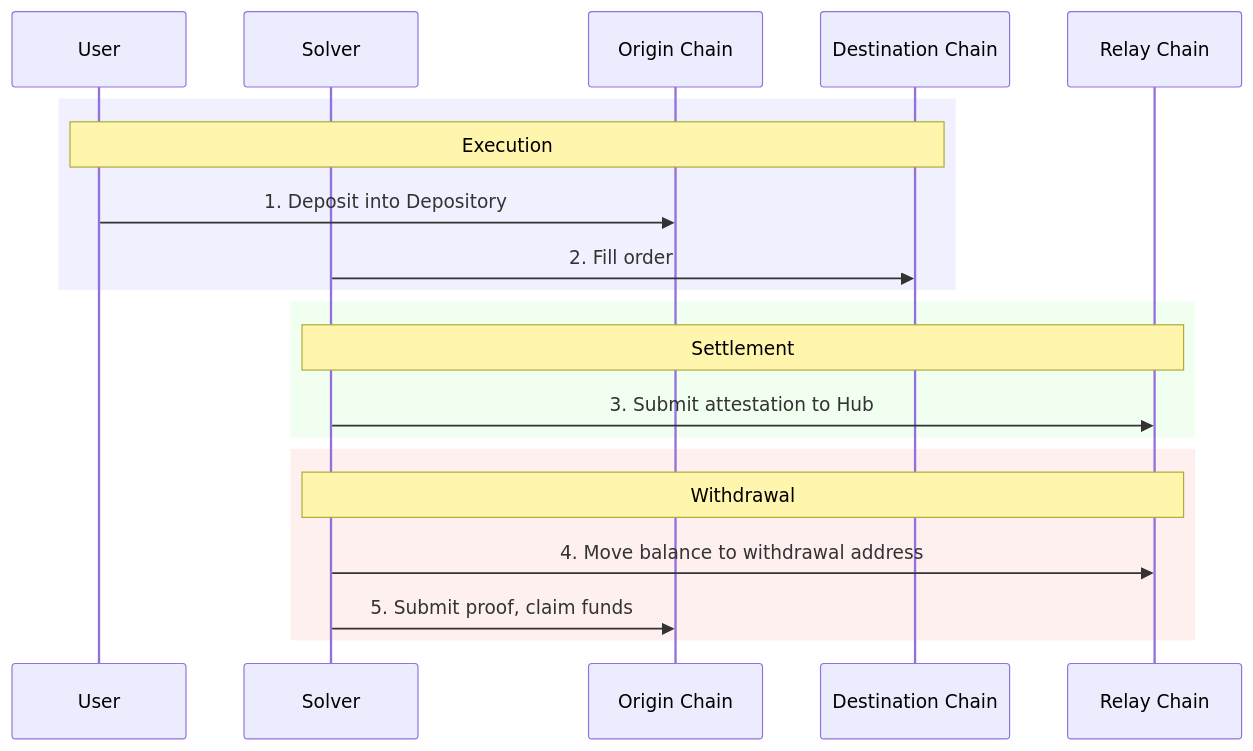
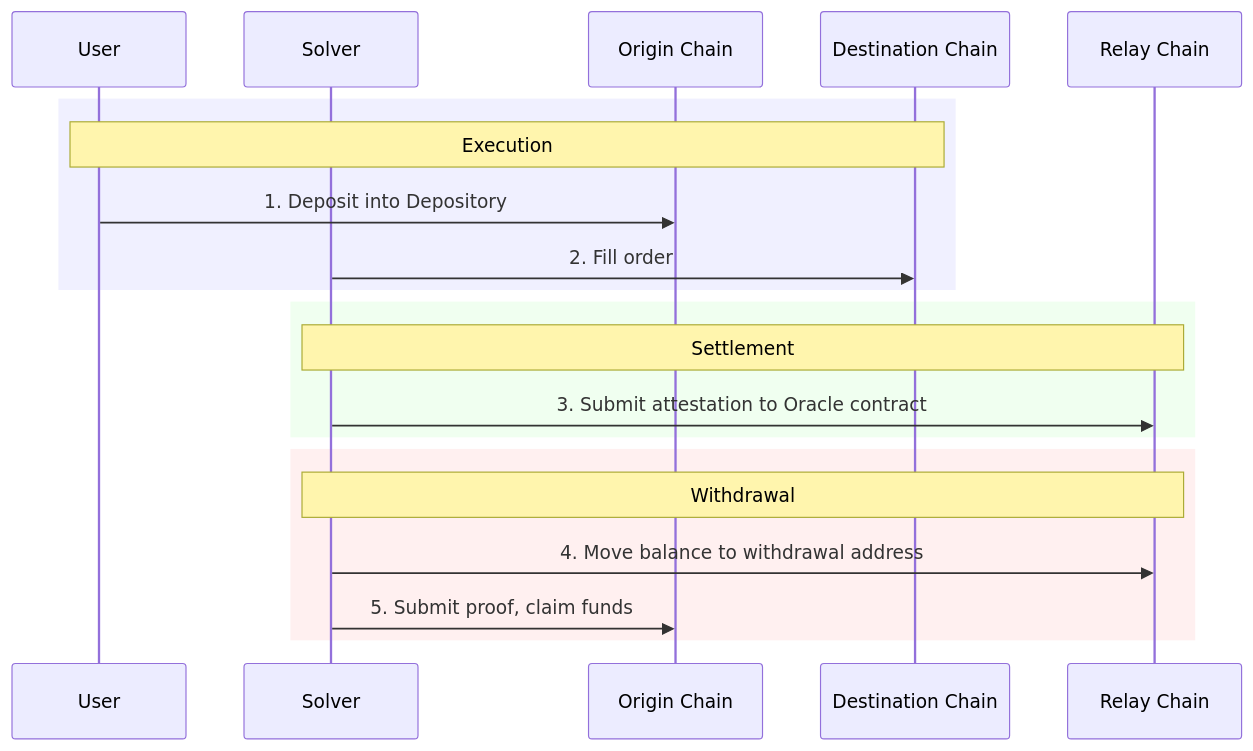
Before and after one commit to relayprotocol/relay-docs: the first of 5 diagrams in references/protocol/how-it-works.mdx, drawn with Mermaid. The commit also changed other lines of this file and 4 other files, not shown here.

Commit message:
Correct high-level protocol flow docs

````diff
--- a/references/protocol/how-it-works.mdx
+++ b/references/protocol/how-it-works.mdx
@@ -28,25 +28,25 @@
 ```mermaid
 sequenceDiagram
     participant User
     participant Solver
     participant O as Origin Chain
     participant D as Destination Chain
     participant R as Relay Chain
 
     rect rgb(240, 240, 255)
     Note over User,D: Execution
     User->>O: 1. Deposit into Depository
     Solver->>D: 2. Fill order
     end
 
     rect rgb(240, 255, 240)
     Note over Solver,R: Settlement
-    Solver->>R: 3. Submit attestation to Hub
+    Solver->>R: 3. Submit attestation to Oracle contract
     end
 
     rect rgb(255, 240, 240)
     Note over Solver,R: Withdrawal
     Solver->>R: 4. Move balance to withdrawal address
     Solver->>O: 5. Submit proof, claim funds
     end
 ```
````
